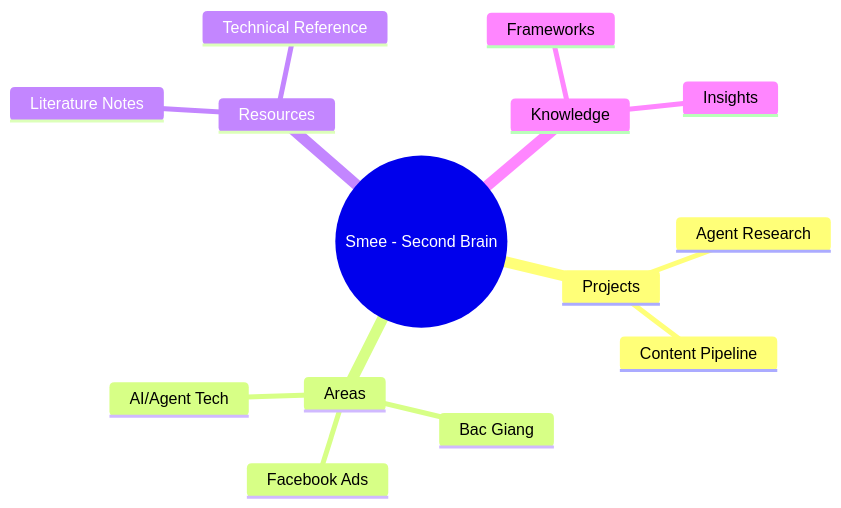
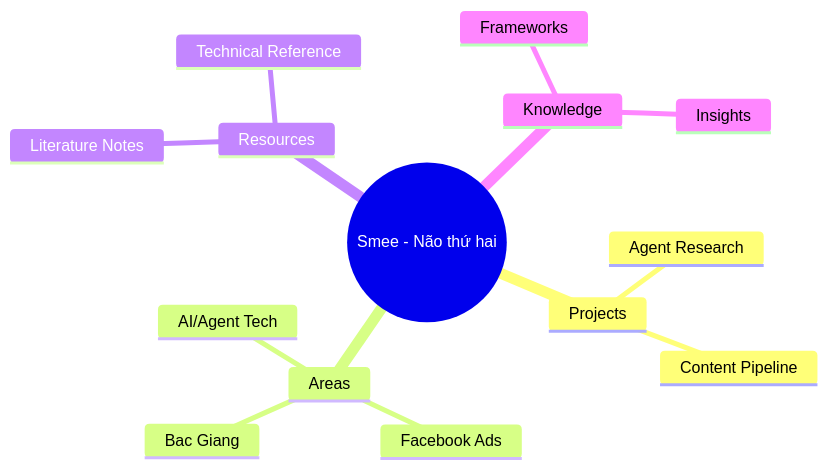
The first of 2 diagrams in 00-Meta/VAULT-ANALYTICS.md (hungsinhbg69-cmyk/smee-vault), drawn with Mermaid before and after one commit. The commit also changed other lines of this file and 221 other files, not shown here.

````diff
--- a/00-Meta/VAULT-ANALYTICS.md
+++ b/00-Meta/VAULT-ANALYTICS.md
@@ -77,17 +77,17 @@
 ```mermaid
 mindmap
-  root((Smee - Second Brain))
+  root((Smee - Não thứ hai))
     Projects
       Agent Research
       Content Pipeline
     Areas
       Facebook Ads
       Bac Giang
       AI/Agent Tech
     Resources
       Literature Notes
       Technical Reference
     Knowledge
       Frameworks
       Insights
 ```
````
